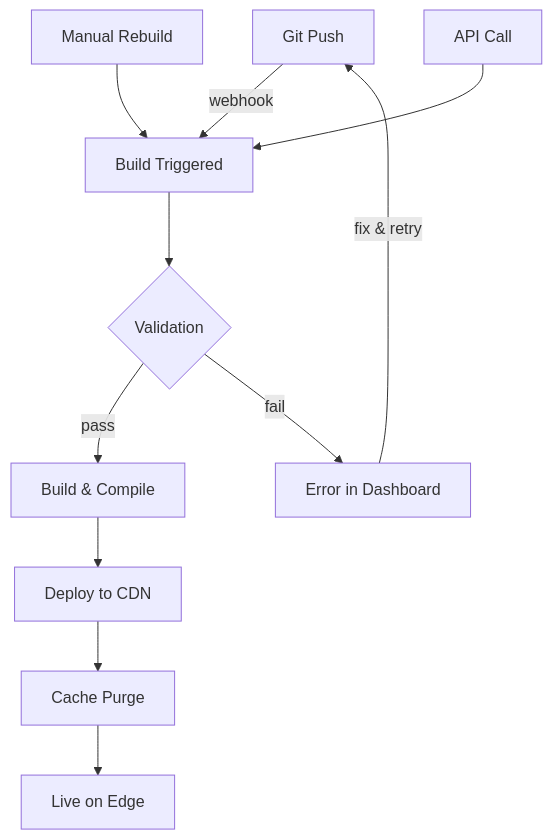
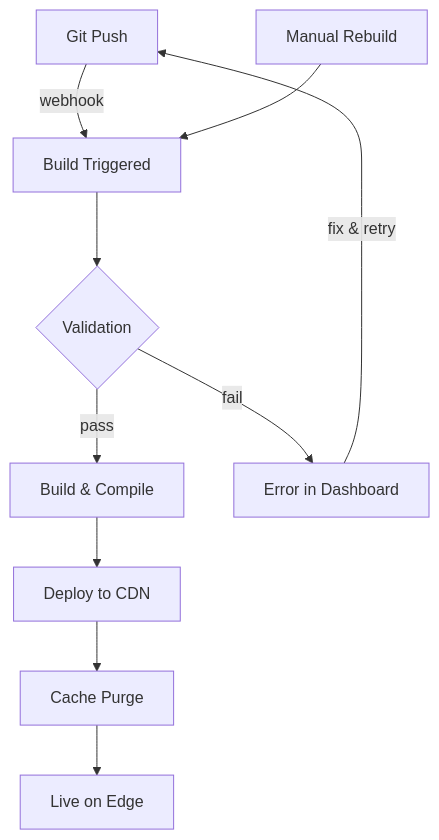
Before and after one commit to jamdesk/jamdesk-docs: the diagram in deploy/lifecycle.mdx, drawn with Mermaid. The commit also changed other lines of this file and 7 other files, not shown here.

````diff
--- a/deploy/lifecycle.mdx
+++ b/deploy/lifecycle.mdx
@@ -10,16 +10,15 @@
 ```mermaid
 flowchart TD
     A["Git Push"] -->|webhook| B["Build Triggered"]
     C["Manual Rebuild"] --> B
-    D["API Call"] --> B
 
     B --> E{"Validation"}
     E -->|pass| F["Build & Compile"]
     E -->|fail| G["Error in Dashboard"]
 
     F --> H["Deploy to CDN"]
     H --> I["Cache Purge"]
     I --> J["Live on Edge"]
 
     G -->|"fix & retry"| A
 ```
````
